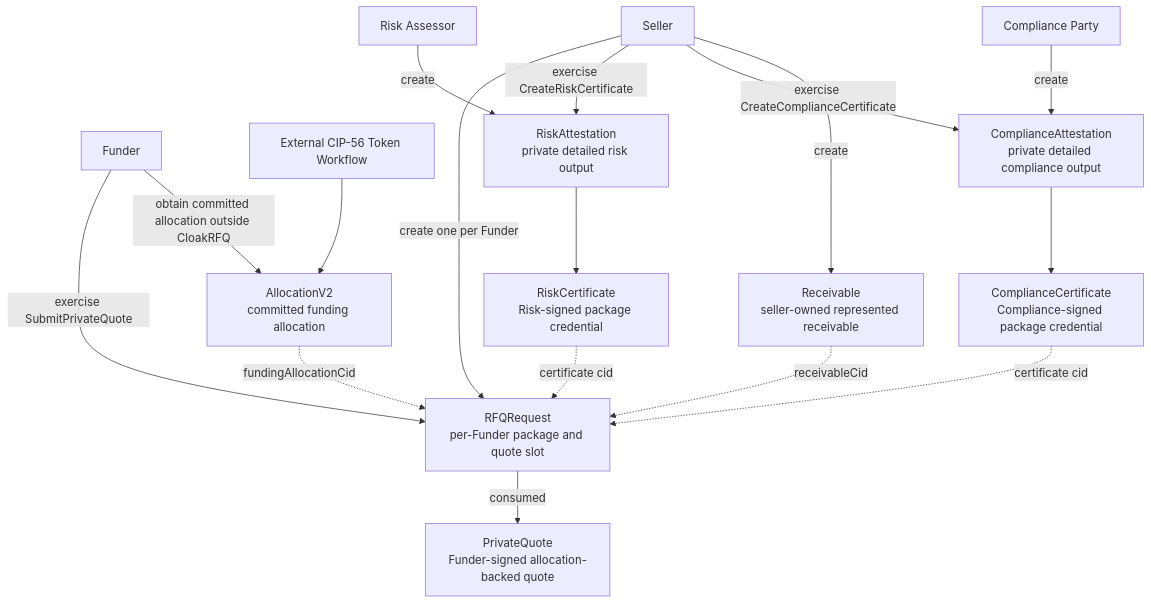
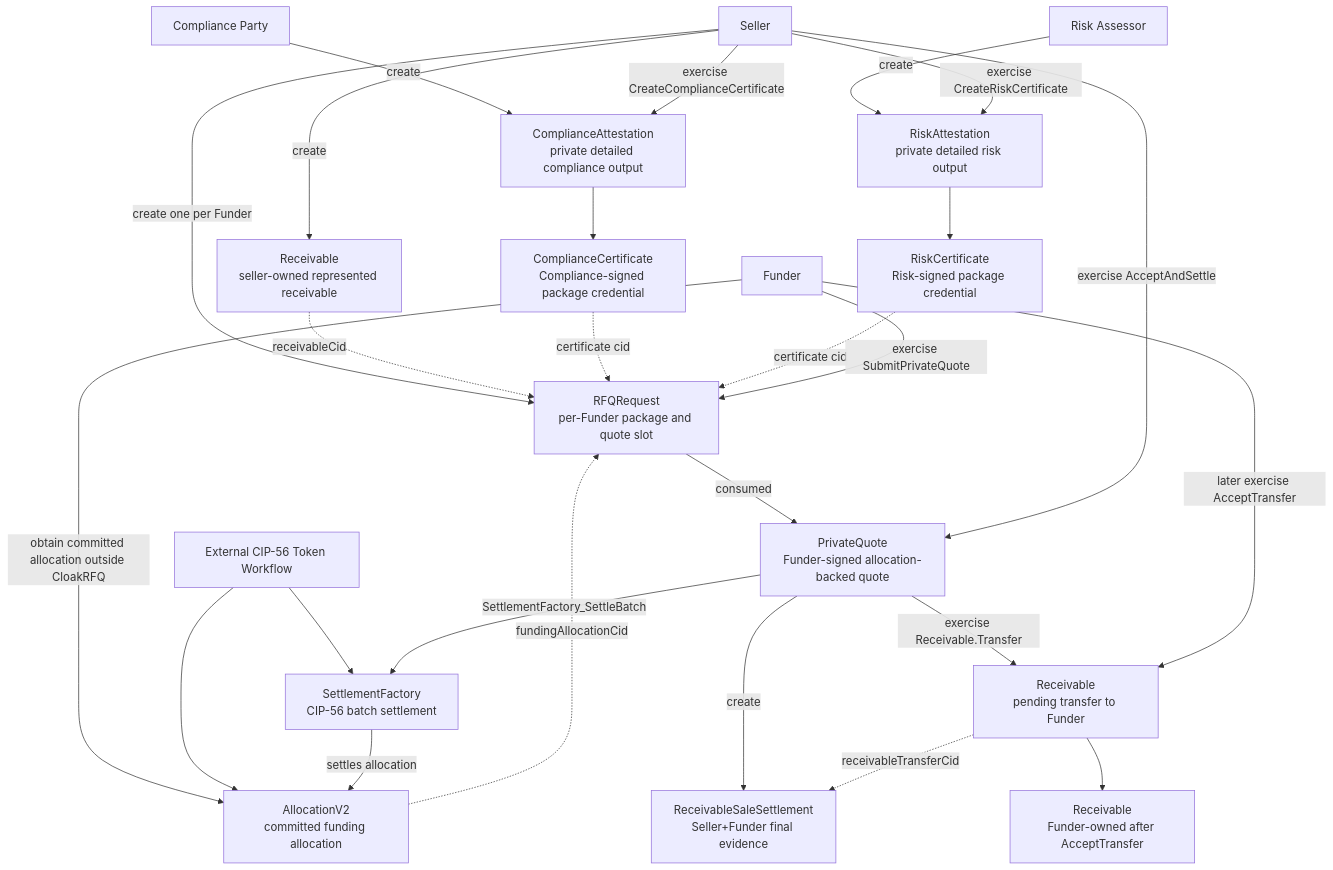
One commit to no-witness-labs/canton-hackathon-cloakRFQ changed the second of 10 diagrams in docs/technical-design/005-workflow-diagrams.md. Above: the diagram before and after it, drawn with Mermaid. The commit also changed other lines of this file and 22 other files, not shown here.

````diff
--- a/docs/technical-design/005-workflow-diagrams.md
+++ b/docs/technical-design/005-workflow-diagrams.md
@@ -23,36 +25,49 @@
 ```mermaid
 flowchart TD
     Seller["Seller"]
     Compliance["Compliance Party"]
     Risk["Risk Assessor"]
     Funder["Funder"]
     Token["External CIP-56 Token Workflow"]
 
     R["Receivable<br/>seller-owned represented receivable"]
     CA["ComplianceAttestation<br/>private detailed compliance output"]
     CC["ComplianceCertificate<br/>Compliance-signed package credential"]
     RA["RiskAttestation<br/>private detailed risk output"]
     RC["RiskCertificate<br/>Risk-signed package credential"]
     RFQ["RFQRequest<br/>per-Funder package and quote slot"]
     ALLOC["AllocationV2<br/>committed funding allocation"]
+    SF["SettlementFactory<br/>CIP-56 batch settlement"]
     PQ["PrivateQuote<br/>Funder-signed allocation-backed quote"]
+    RSS["ReceivableSaleSettlement<br/>Seller+Funder final evidence"]
+    RT["Receivable<br/>pending transfer to Funder"]
+    FR["Receivable<br/>Funder-owned after AcceptTransfer"]
 
     Seller -->|"create"| R
     Compliance -->|"create"| CA
     Seller -->|"exercise CreateComplianceCertificate"| CA
     CA --> CC
     Risk -->|"create"| RA
     Seller -->|"exercise CreateRiskCertificate"| RA
     RA --> RC
     Seller -->|"create one per Funder"| RFQ
 
     R -. "receivableCid" .-> RFQ
     CC -. "certificate cid" .-> RFQ
     RC -. "certificate cid" .-> RFQ
 
     Funder -->|"obtain committed allocation outside CloakRFQ"| ALLOC
     Token --> ALLOC
     Funder -->|"exercise SubmitPrivateQuote"| RFQ
     ALLOC -. "fundingAllocationCid" .-> RFQ
     RFQ -->|"consumed"| PQ
+    Token --> SF
+    Seller -->|"exercise AcceptAndSettle"| PQ
+    PQ -->|"SettlementFactory_SettleBatch"| SF
+    SF -->|"settles allocation"| ALLOC
+    PQ -->|"exercise Receivable.Transfer"| RT
+    PQ -->|"create"| RSS
+    RT -. "receivableTransferCid" .-> RSS
+    Funder -->|"later exercise AcceptTransfer"| RT
+    RT --> FR
 ```
````
